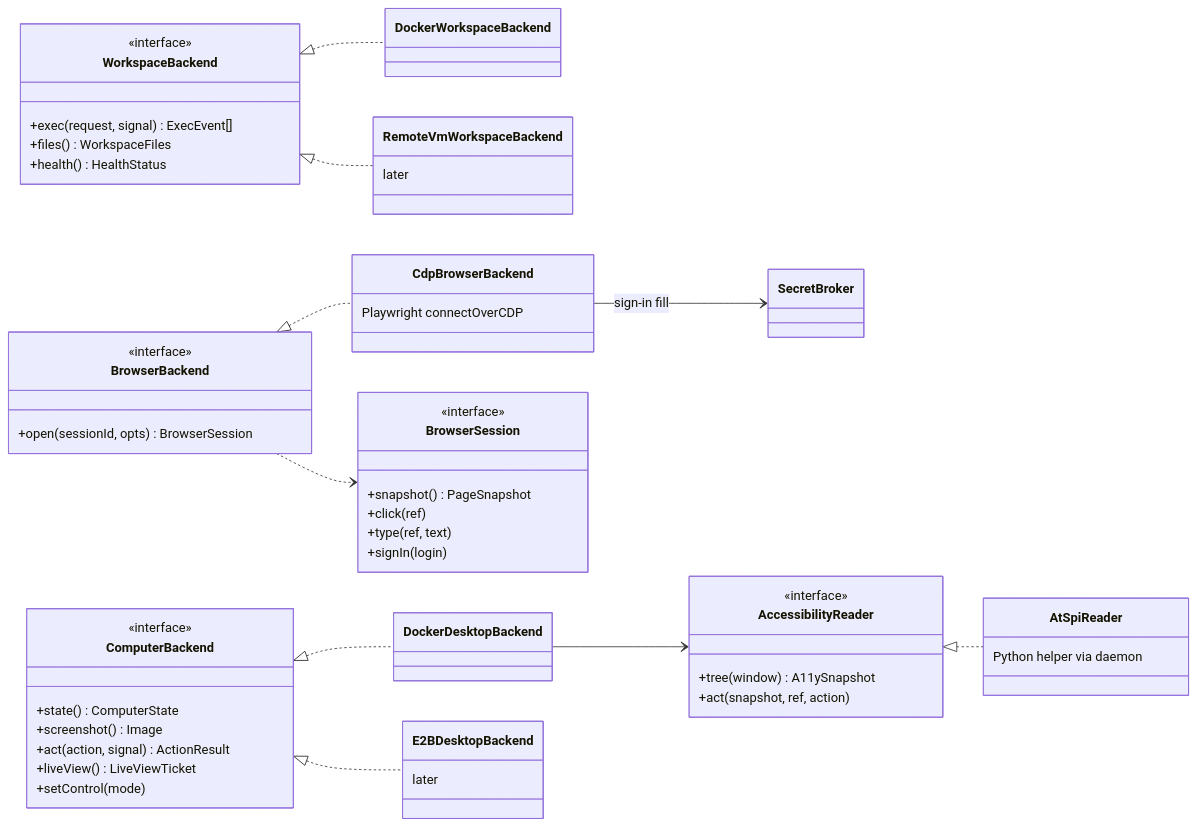
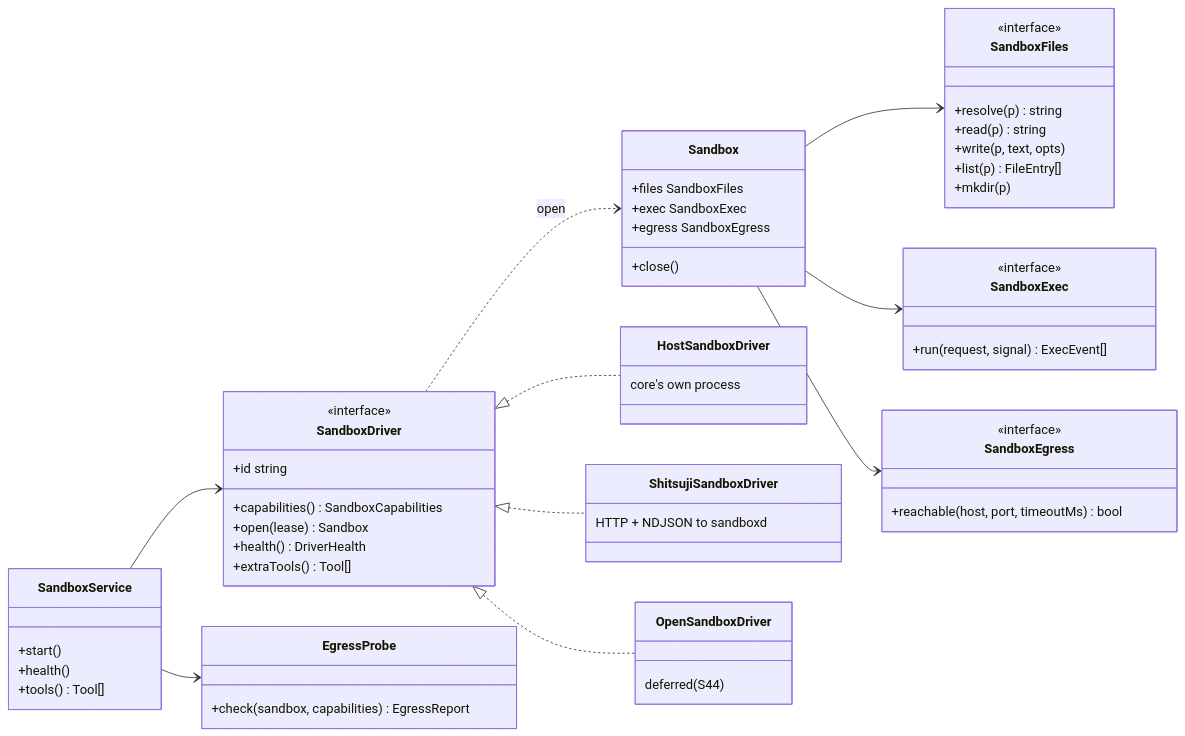
Before and after one commit to ggiraudon/shitsuji: the ninth of 14 diagrams in docs/06-class-map.md, drawn with Mermaid. The commit also changed other lines of this file and 6 other files, not shown here.

First line of the commit message:
S49: Document the sandbox default, status and upgrade path (#79)

````diff
--- a/docs/06-class-map.md
+++ b/docs/06-class-map.md
@@ -696,58 +697,61 @@
 ```mermaid
 classDiagram
   direction LR
-  class WorkspaceBackend {
+  class SandboxDriver {
     <<interface>>
-    +exec(request, signal) ExecEvent[]
-    +files() WorkspaceFiles
-    +health() HealthStatus
+    +id string
+    +capabilities() SandboxCapabilities
+    +open(lease) Sandbox
+    +health() DriverHealth
+    +extraTools() Tool[]
   }
-  class DockerWorkspaceBackend
-  class RemoteVmWorkspaceBackend {
-    later
+  class Sandbox {
+    +files SandboxFiles
+    +exec SandboxExec
+    +egress SandboxEgress
+    +close()
   }
-  class BrowserBackend {
+  class SandboxFiles {
     <<interface>>
-    +open(sessionId, opts) BrowserSession
+    +resolve(p) string
+    +read(p) string
+    +write(p, text, opts)
+    +list(p) FileEntry[]
+    +mkdir(p)
   }
-  class BrowserSession {
+  class SandboxExec {
     <<interface>>
-    +snapshot() PageSnapshot
-    +click(ref)
-    +type(ref, text)
-    +signIn(login)
+    +run(request, signal) ExecEvent[]
   }
-  class CdpBrowserBackend {
-    Playwright connectOverCDP
+  class SandboxEgress {
+    <<interface>>
+    +reachable(host, port, timeoutMs) bool
   }
-  class ComputerBackend {
-    <<interface>>
-    +state() ComputerState
-    +screenshot() Image
-    +act(action, signal) ActionResult
-    +liveView() LiveViewTicket
-    +setControl(mode)
+  class SandboxService {
+    +start()
+    +health()
+    +tools() Tool[]
   }
-  class DockerDesktopBackend
-  class E2BDesktopBackend {
-    later
+  class EgressProbe {
+    +check(sandbox, capabilities) EgressReport
   }
-  class AccessibilityReader {
-    <<interface>>
-    +tree(window) A11ySnapshot
-    +act(snapshot, ref, action)
+  class HostSandboxDriver {
+    core's own process
   }
-  class AtSpiReader {
-    Python helper via daemon
+  class ShitsujiSandboxDriver {
+    HTTP + NDJSON to sandboxd
+  }
+  class OpenSandboxDriver {
+    deferred (S44)
   }
 
-  WorkspaceBackend <|.. DockerWorkspaceBackend
-  WorkspaceBackend <|.. RemoteVmWorkspaceBackend
-  BrowserBackend <|.. CdpBrowserBackend
-  BrowserBackend ..> BrowserSession
-  CdpBrowserBackend --> SecretBroker : sign-in fill
-  ComputerBackend <|.. DockerDesktopBackend
-  ComputerBackend <|.. E2BDesktopBackend
-  DockerDesktopBackend --> AccessibilityReader
-  AccessibilityReader <|.. AtSpiReader
+  SandboxService --> SandboxDriver
+  SandboxService --> EgressProbe
+  SandboxDriver <|.. HostSandboxDriver
+  SandboxDriver <|.. ShitsujiSandboxDriver
+  SandboxDriver <|.. OpenSandboxDriver
+  SandboxDriver ..> Sandbox : open
+  Sandbox --> SandboxFiles
+  Sandbox --> SandboxExec
+  Sandbox --> SandboxEgress
 ```
````
